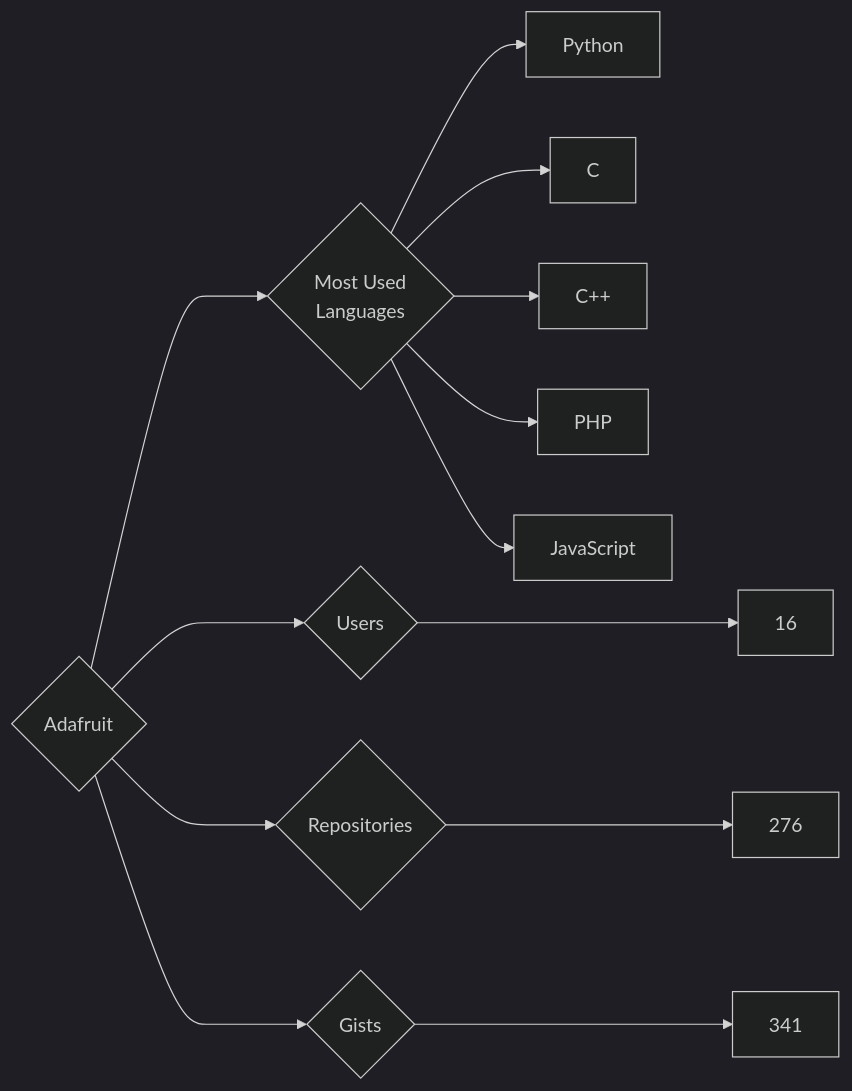
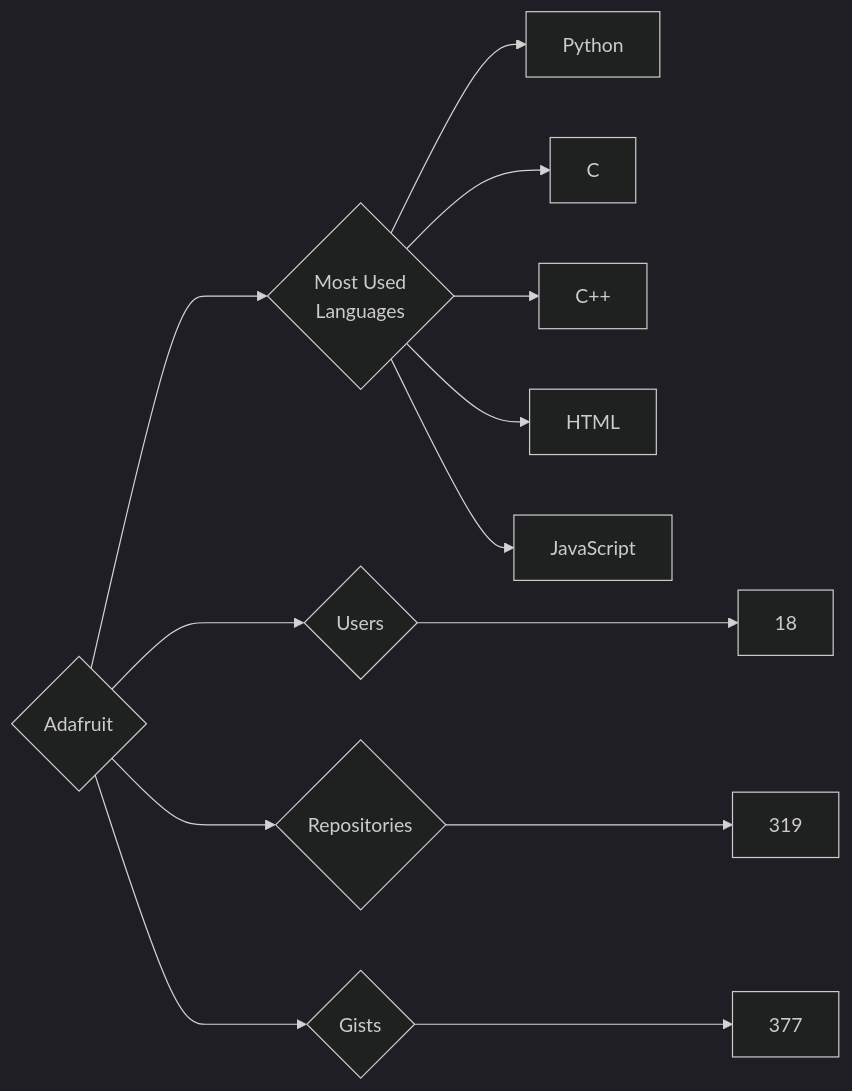
One commit to trickest/insiders changed the diagram in targets/Adafruit/README.md. Above: the diagram before and after it, drawn with Mermaid (dark theme). The commit also changed 965 other files, not shown here.

````diff
--- a/targets/Adafruit/README.md
+++ b/targets/Adafruit/README.md
@@ -3,13 +3,13 @@
 ```mermaid
 graph LR
 COMPANY_NAME{Adafruit}
-COMPANY_NAME ---> U{Users} ---> UN[16]
-COMPANY_NAME ---> R{Repositories} ---> RN[276]
-COMPANY_NAME ---> G{Gists} ---> GN[341]
+COMPANY_NAME ---> U{Users} ---> UN[18]
+COMPANY_NAME ---> R{Repositories} ---> RN[319]
+COMPANY_NAME ---> G{Gists} ---> GN[377]
 COMPANY_NAME ---> ML{Most Used<br>Languages}
 ML --> Python[Python]
 ML --> C[C]
 ML --> C++[C++]
-ML --> PHP[PHP]
+ML --> HTML[HTML]
 ML --> JavaScript[JavaScript]
 ```
````
